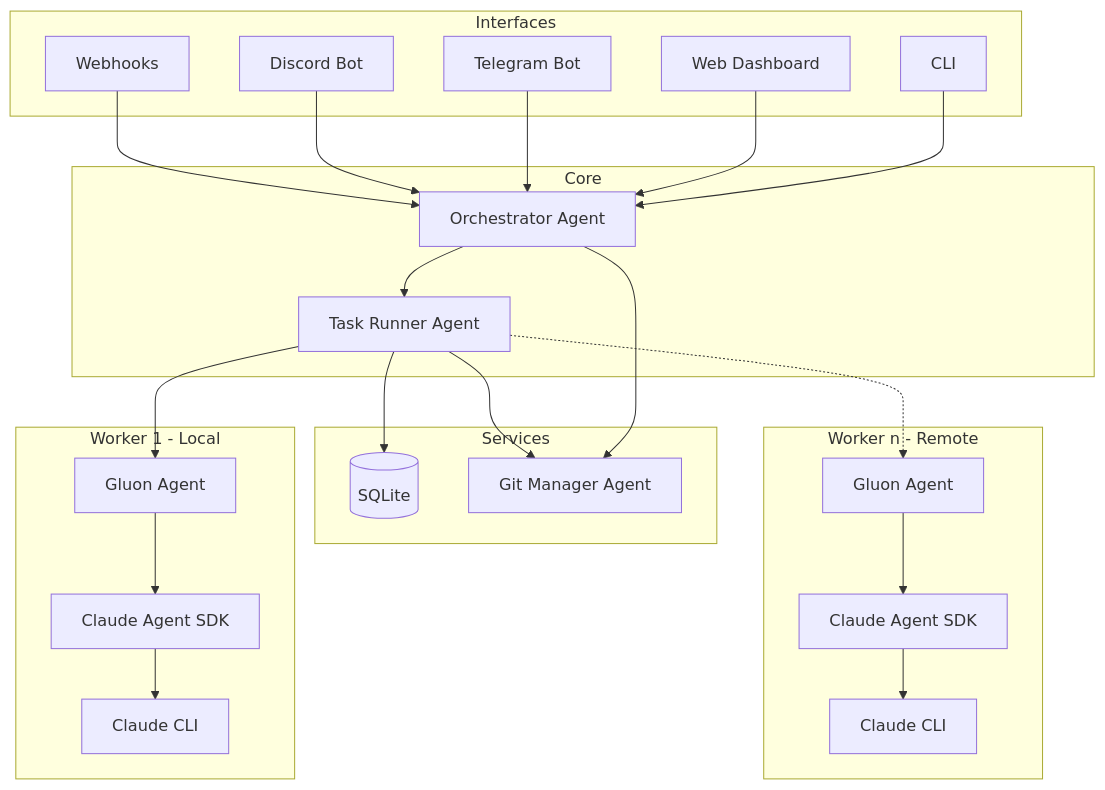
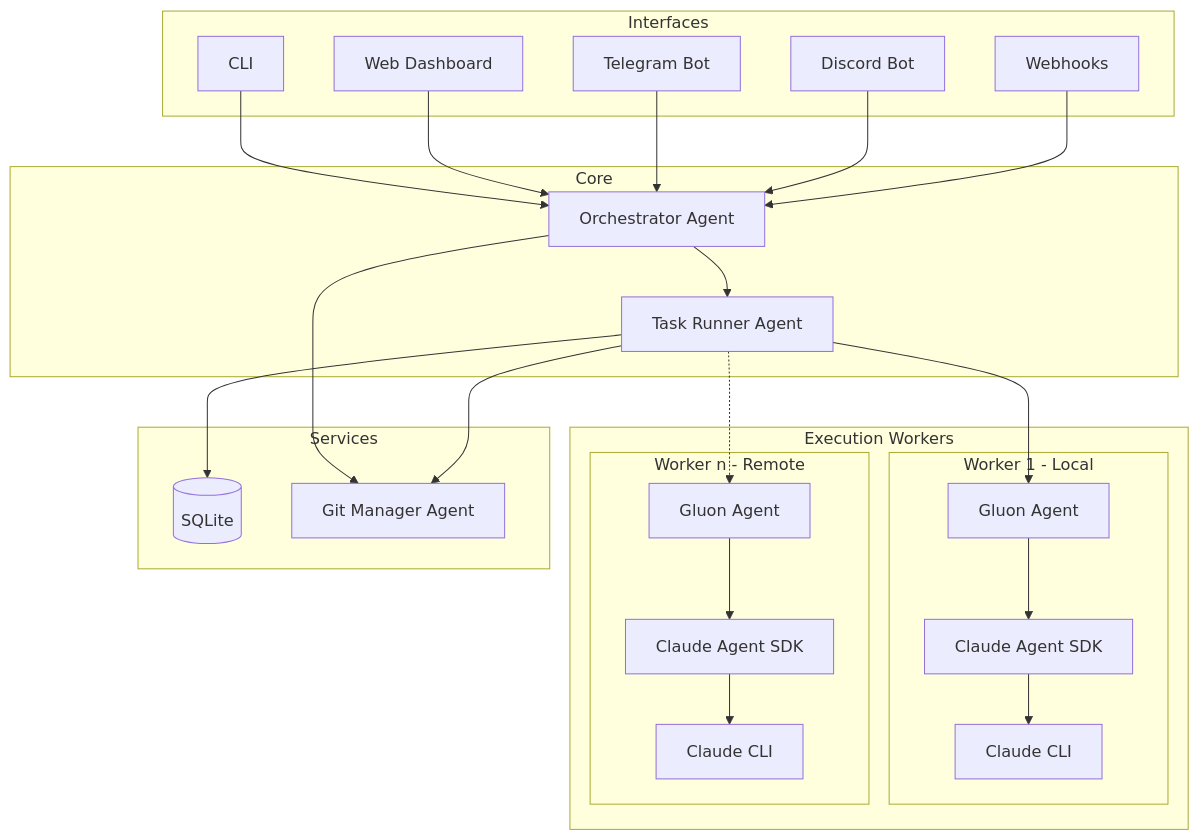
The diagram in README.md (carrotly-ai/gluon-agent), drawn with Mermaid before and after one commit.

Commit message:
docs: group execution workers together with services on right
- Nest Worker 1 and Worker n under "Execution Workers" parent
- Move Services subgraph after Workers for right-side positioning

🤖 Generated with [Claude Code](https://claude.com/claude-code)

````diff
--- a/README.md
+++ b/README.md
@@ -186,51 +186,53 @@
 ```mermaid
 graph TB
     subgraph Interfaces
         CLI[CLI]
         WEB[Web Dashboard]
         TG[Telegram Bot]
         DC[Discord Bot]
         WH[Webhooks]
     end
 
     subgraph Core
         ORCH[Orchestrator Agent]
         RUNNER[Task Runner Agent]
     end
 
+    subgraph Workers [Execution Workers]
+        subgraph Worker1 [Worker 1 - Local]
+            AGENT1[Gluon Agent]
+            SDK1[Claude Agent SDK]
+            CLAUDE1[Claude CLI]
+        end
+
+        subgraph WorkerN [Worker n - Remote]
+            AGENTN[Gluon Agent]
+            SDKN[Claude Agent SDK]
+            CLAUDEN[Claude CLI]
+        end
+    end
+
     subgraph Services
         STORE[(SQLite)]
         GIT[Git Manager Agent]
-    end
-
-    subgraph Worker1 [Worker 1 - Local]
-        AGENT1[Gluon Agent]
-        SDK1[Claude Agent SDK]
-        CLAUDE1[Claude CLI]
-    end
-
-    subgraph WorkerN [Worker n - Remote]
-        AGENTN[Gluon Agent]
-        SDKN[Claude Agent SDK]
-        CLAUDEN[Claude CLI]
     end
 
     CLI --> ORCH
     WEB --> ORCH
     TG --> ORCH
     DC --> ORCH
     WH --> ORCH
 
     ORCH --> RUNNER
     ORCH --> GIT
     RUNNER --> STORE
     RUNNER --> GIT
     RUNNER --> AGENT1
     RUNNER -.-> AGENTN
 
     AGENT1 --> SDK1
     SDK1 --> CLAUDE1
 
     AGENTN --> SDKN
     SDKN --> CLAUDEN
 ```
````
